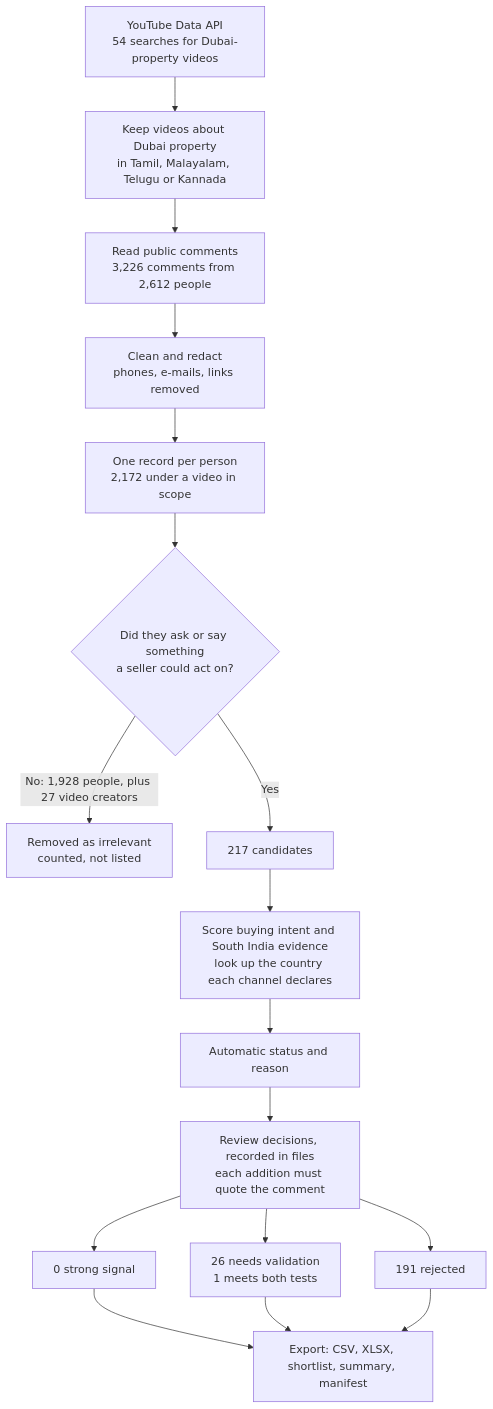
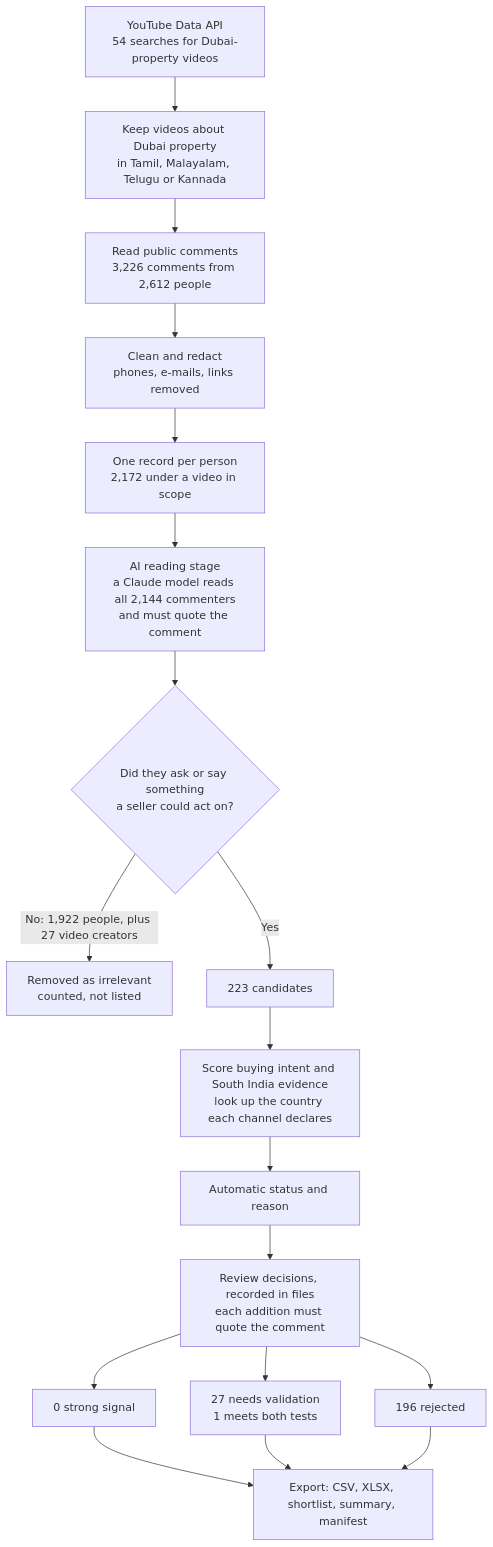
Before and after one commit to MINTU296/dubai-prospect-workflow: the diagram in README.md, drawn with Mermaid. The commit also changed other lines of this file and 4 other files, not shown here.

First line of the commit message:
Run the AI reading stage live and record what it found

````diff
--- a/README.md
+++ b/README.md
@@ -75,19 +75,20 @@
 ```mermaid
 flowchart TD
     A["YouTube Data API<br/>54 searches for Dubai-property videos"] --> B["Keep videos about Dubai property<br/>in Tamil, Malayalam, Telugu or Kannada"]
     B --> C["Read public comments<br/>3,226 comments from 2,612 people"]
     C --> D["Clean and redact<br/>phones, e-mails, links removed"]
     D --> E["One record per person<br/>2,172 under a video in scope"]
-    E --> F{"Did they ask or say something<br/>a seller could act on?"}
-    F -->|"No: 1,928 people, plus 27 video creators"| X["Removed as irrelevant<br/>counted, not listed"]
-    F -->|Yes| G["217 candidates"]
+    E --> R["AI reading stage<br/>a Claude model reads all 2,144 commenters<br/>and must quote the comment"]
+    R --> F{"Did they ask or say something<br/>a seller could act on?"}
+    F -->|"No: 1,922 people, plus 27 video creators"| X["Removed as irrelevant<br/>counted, not listed"]
+    F -->|Yes| G["223 candidates"]
     G --> H["Score buying intent and South India evidence<br/>look up the country each channel declares"]
     H --> I["Automatic status and reason"]
     I --> J["Review decisions, recorded in files<br/>each addition must quote the comment"]
     J --> K["0 strong signal"]
-    J --> L["26 needs validation<br/>1 meets both tests"]
-    J --> M["191 rejected"]
+    J --> L["27 needs validation<br/>1 meets both tests"]
+    J --> M["196 rejected"]
     K --> N["Export: CSV, XLSX, shortlist, summary, manifest"]
     L --> N
     M --> N
 ```
````
